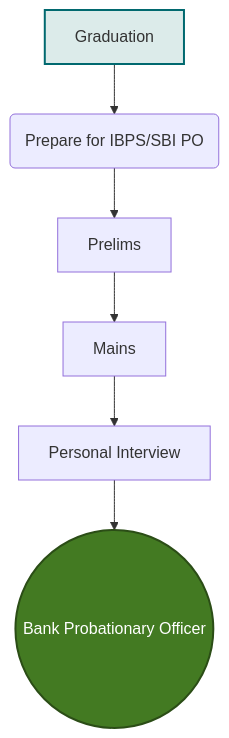
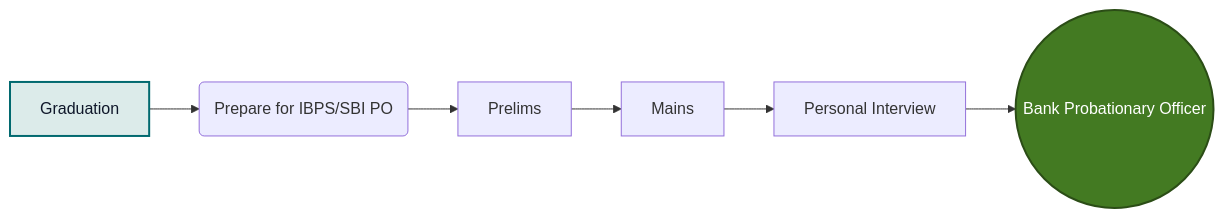
Before and after one commit to the-career-breweries/tcb-soft-skills: the third of 3 diagrams in curriculum-app/src/content/lessons/ug/bcom/sem5/week17.md, drawn with Mermaid. The commit also changed other lines of this file and 5 other files, not shown here.

Commit message:
fix: resolve mermaid text illegibility in dark mode by removing global CSS color override and explicitly adding dark text colors to custom light-background nodes

````diff
--- a/curriculum-app/src/content/lessons/ug/bcom/sem5/week17.md
+++ b/curriculum-app/src/content/lessons/ug/bcom/sem5/week17.md
@@ -71,11 +71,11 @@
 ```mermaid
-flowchart TD
+flowchart LR
     A[Graduation] --> B(Prepare for IBPS/SBI PO)
     B --> C[Prelims]
     C --> D[Mains]
     D --> E[Personal Interview]
     E --> F((Bank Probationary Officer))
     
-    style A fill:#dcebea,stroke:#01696f,stroke-width:2px
+    style A fill:#dcebea,stroke:#01696f,stroke-width:2px,color:#0f172a
     style F fill:#437a22,stroke:#2b4d16,stroke-width:2px,color:#fff
 ```
````
